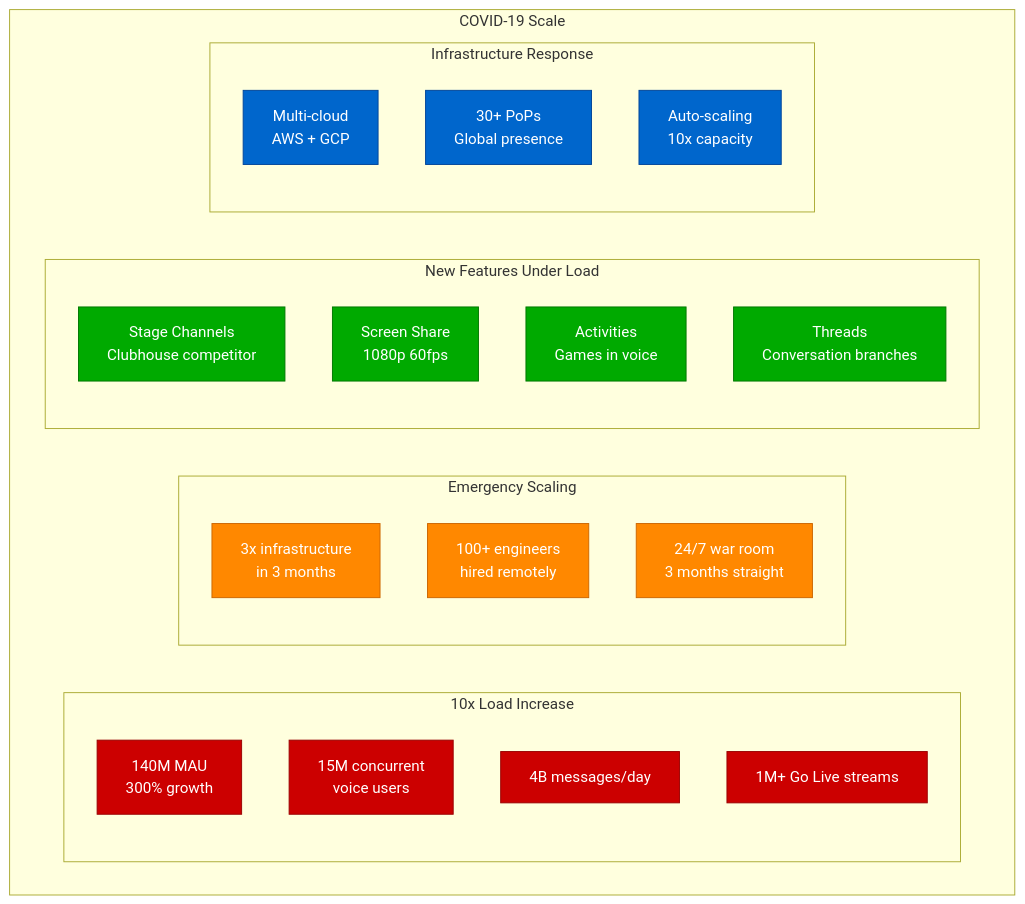
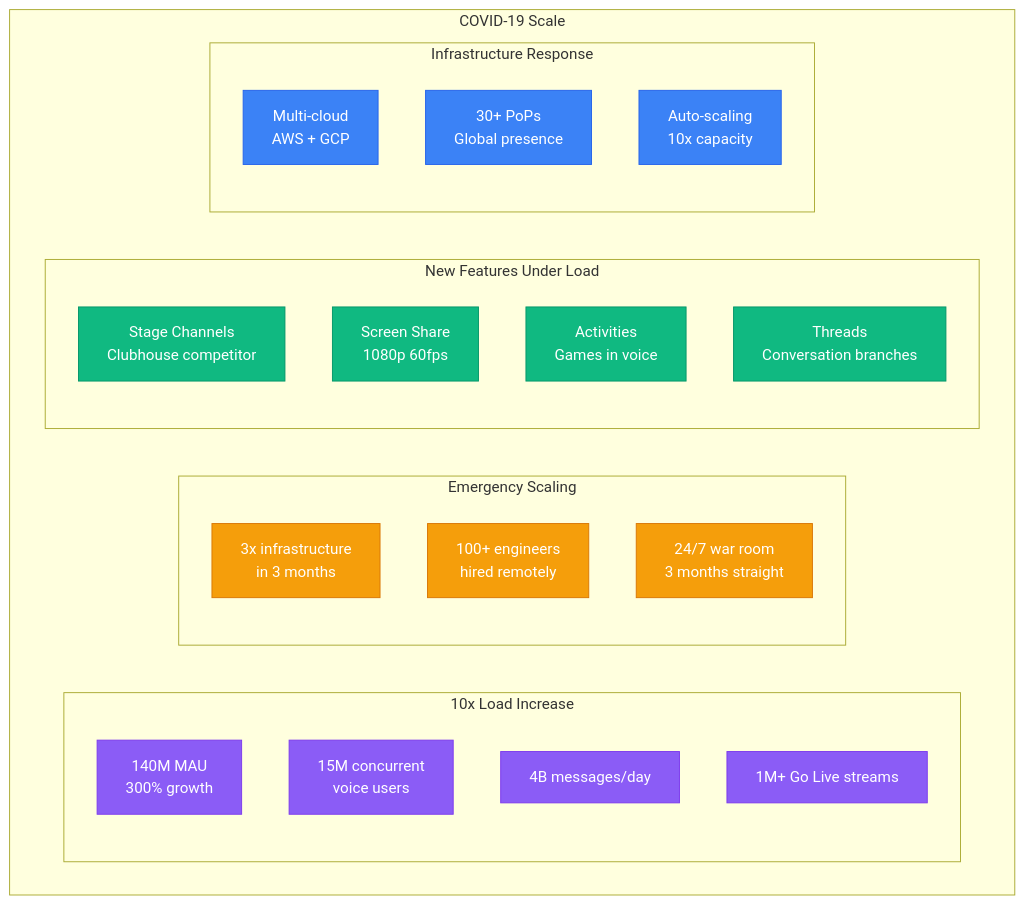
The fifth of 9 diagrams in site/docs/scaling/discord-scale-journey.md (deepaucksharma/DS), drawn with Mermaid before and after one commit. The commit also changed other lines of this file and 303 other files, not shown here.

````diff
--- a/site/docs/scaling/discord-scale-journey.md
+++ b/site/docs/scaling/discord-scale-journey.md
@@ -232,41 +232,41 @@
 ```mermaid
 graph TB
     subgraph Pandemic[COVID-19 Scale]
         subgraph Load[10x Load Increase]
             USERS[140M MAU<br/>300% growth]
             VOICE_PEAK[15M concurrent<br/>voice users]
             MESSAGES[4B messages/day]
             STREAMS[1M+ Go Live streams]
         end
 
         subgraph Emergency[Emergency Scaling]
             CAPACITY[3x infrastructure<br/>in 3 months]
             HIRING[100+ engineers<br/>hired remotely]
             ONCALL[24/7 war room<br/>3 months straight]
         end
 
         subgraph Features[New Features Under Load]
             STAGE[Stage Channels<br/>Clubhouse competitor]
             SCREEN[Screen Share<br/>1080p 60fps]
             ACTIVITIES[Activities<br/>Games in voice]
             THREADS[Threads<br/>Conversation branches]
         end
 
         subgraph Infrastructure[Infrastructure Response]
             MULTICLOUD[Multi-cloud<br/>AWS + GCP]
             GLOBAL[30+ PoPs<br/>Global presence]
             AUTOSC[Auto-scaling<br/>10x capacity]
         end
     end
 
     %% Apply colors
-    classDef loadStyle fill:#CC0000,stroke:#990000,color:#fff
-    classDef emergencyStyle fill:#FF8800,stroke:#CC6600,color:#fff
-    classDef featureStyle fill:#00AA00,stroke:#007700,color:#fff
-    classDef infraStyle fill:#0066CC,stroke:#004499,color:#fff
+    classDef loadStyle fill:#8B5CF6,stroke:#7C3AED,color:#fff
+    classDef emergencyStyle fill:#F59E0B,stroke:#D97706,color:#fff
+    classDef featureStyle fill:#10B981,stroke:#059669,color:#fff
+    classDef infraStyle fill:#3B82F6,stroke:#2563EB,color:#fff
 
     class USERS,VOICE_PEAK,MESSAGES,STREAMS loadStyle
     class CAPACITY,HIRING,ONCALL emergencyStyle
     class STAGE,SCREEN,ACTIVITIES,THREADS featureStyle
     class MULTICLOUD,GLOBAL,AUTOSC infraStyle
 ```
````
